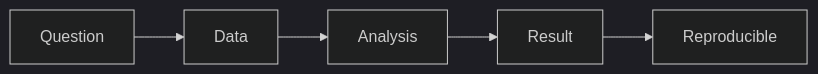
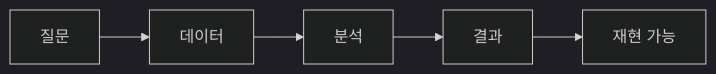
The diagram in content/data-science-career-101/ko/04-data-portfolio.md (yeongseon-books/book-content), drawn with Mermaid (dark theme) before and after one commit. The commit also changed other lines of this file and 9 other files, not shown here.

````diff
--- a/content/data-science-career-101/ko/04-data-portfolio.md
+++ b/content/data-science-career-101/ko/04-data-portfolio.md
@@ -33,7 +41,7 @@
 ```mermaid
 flowchart LR
-    Q[Question] --> D[Data]
-    D --> A[Analysis]
-    A --> R[Result]
-    R --> Repro[Reproducible]
+    Q[질문] --> D[데이터]
+    D --> A[분석]
+    A --> R[결과]
+    R --> Repro[재현 가능]
 ```
````
